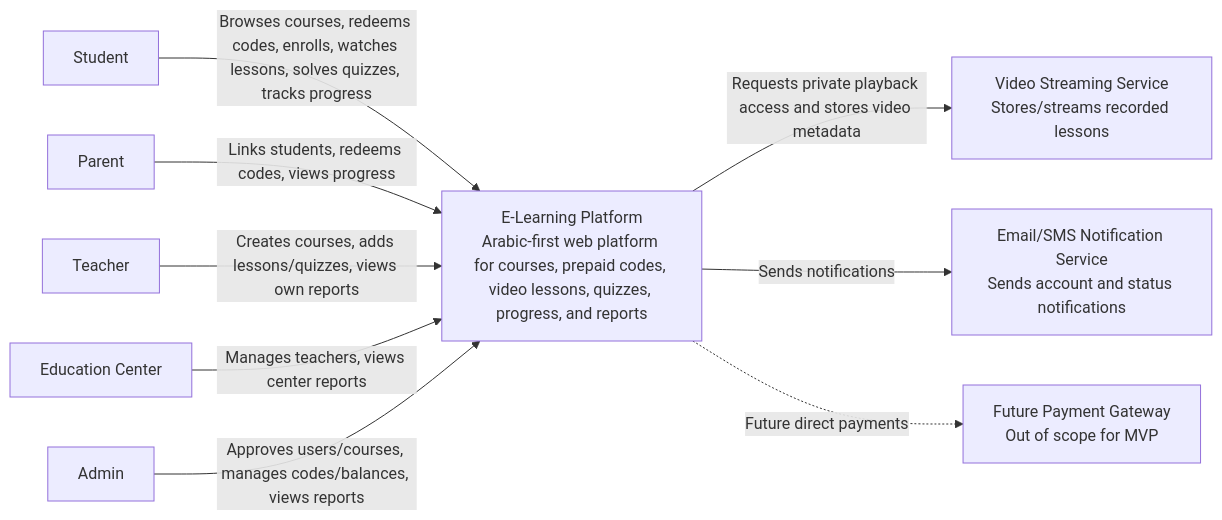
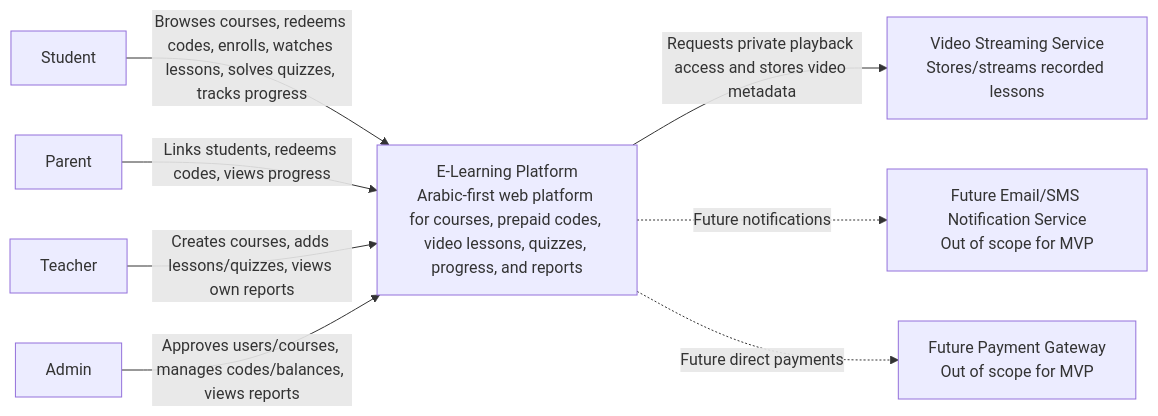
The diagram in System-Design/02-system-context-diagram.md (AntoniusAtefGhaly/elearning-po-system-design), drawn with Mermaid before and after one commit. The commit also changed other lines of this file and 53 other files, not shown here.

Commit message:
Update e-learning module architecture docs

````diff
--- a/System-Design/02-system-context-diagram.md
+++ b/System-Design/02-system-context-diagram.md
@@ -143,24 +134,22 @@
 ```mermaid
 flowchart LR
     Student["Student"]
     Parent["Parent"]
     Teacher["Teacher"]
-    Center["Education Center"]
     Admin["Admin"]
 
     System["E-Learning Platform\nArabic-first web platform for courses, prepaid codes, video lessons, quizzes, progress, and reports"]
 
     Video["Video Streaming Service\nStores/streams recorded lessons"]
-    Notify["Email/SMS Notification Service\nSends account and status notifications"]
+    Notify["Future Email/SMS Notification Service\nOut of scope for MVP"]
     Payment["Future Payment Gateway\nOut of scope for MVP"]
 
     Student -->|"Browses courses, redeems codes, enrolls, watches lessons, solves quizzes, tracks progress"| System
     Parent -->|"Links students, redeems codes, views progress"| System
     Teacher -->|"Creates courses, adds lessons/quizzes, views own reports"| System
-    Center -->|"Manages teachers, views center reports"| System
     Admin -->|"Approves users/courses, manages codes/balances, views reports"| System
 
     System -->|"Requests private playback access and stores video metadata"| Video
-    System -->|"Sends notifications"| Notify
+    System -. "Future notifications" .-> Notify
     System -. "Future direct payments" .-> Payment
 ```
````
